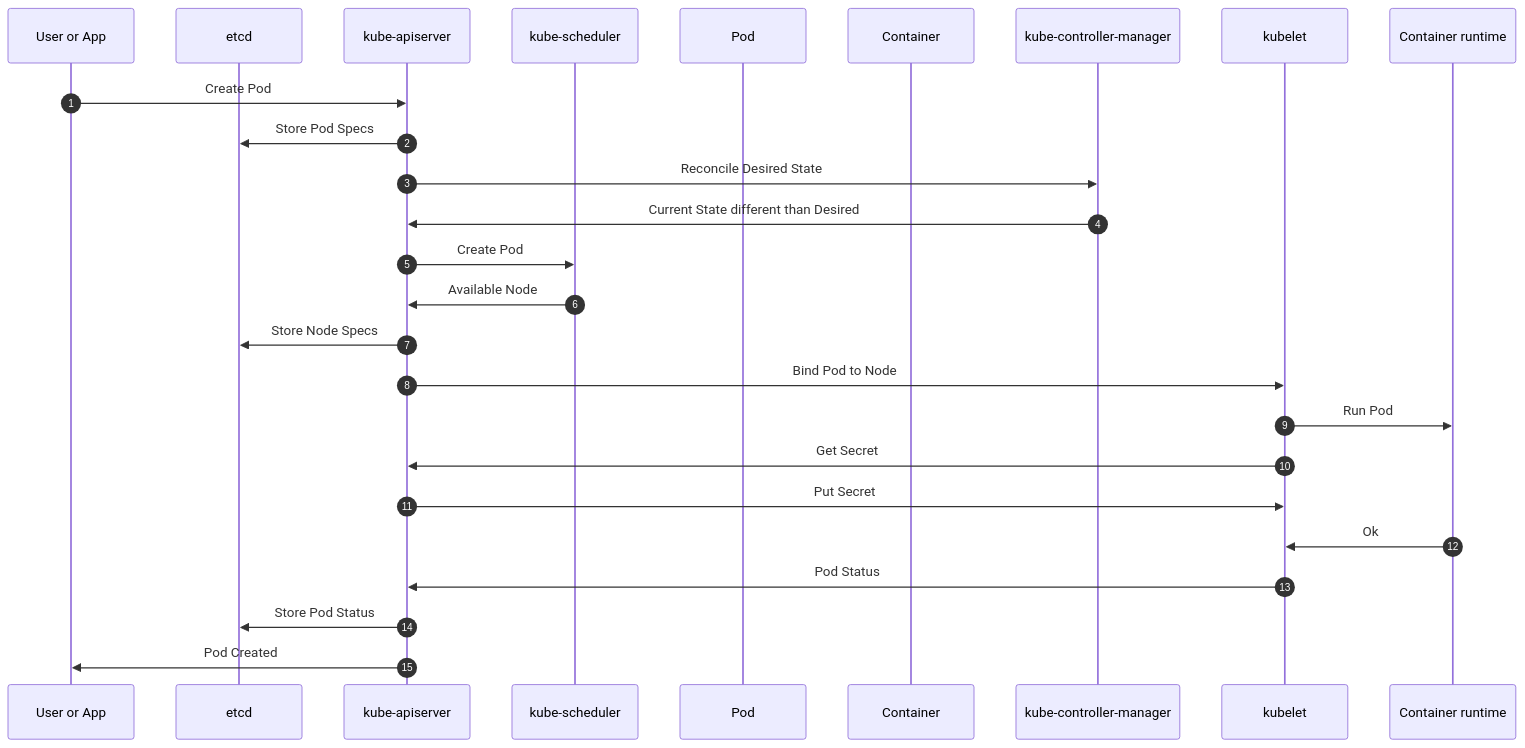
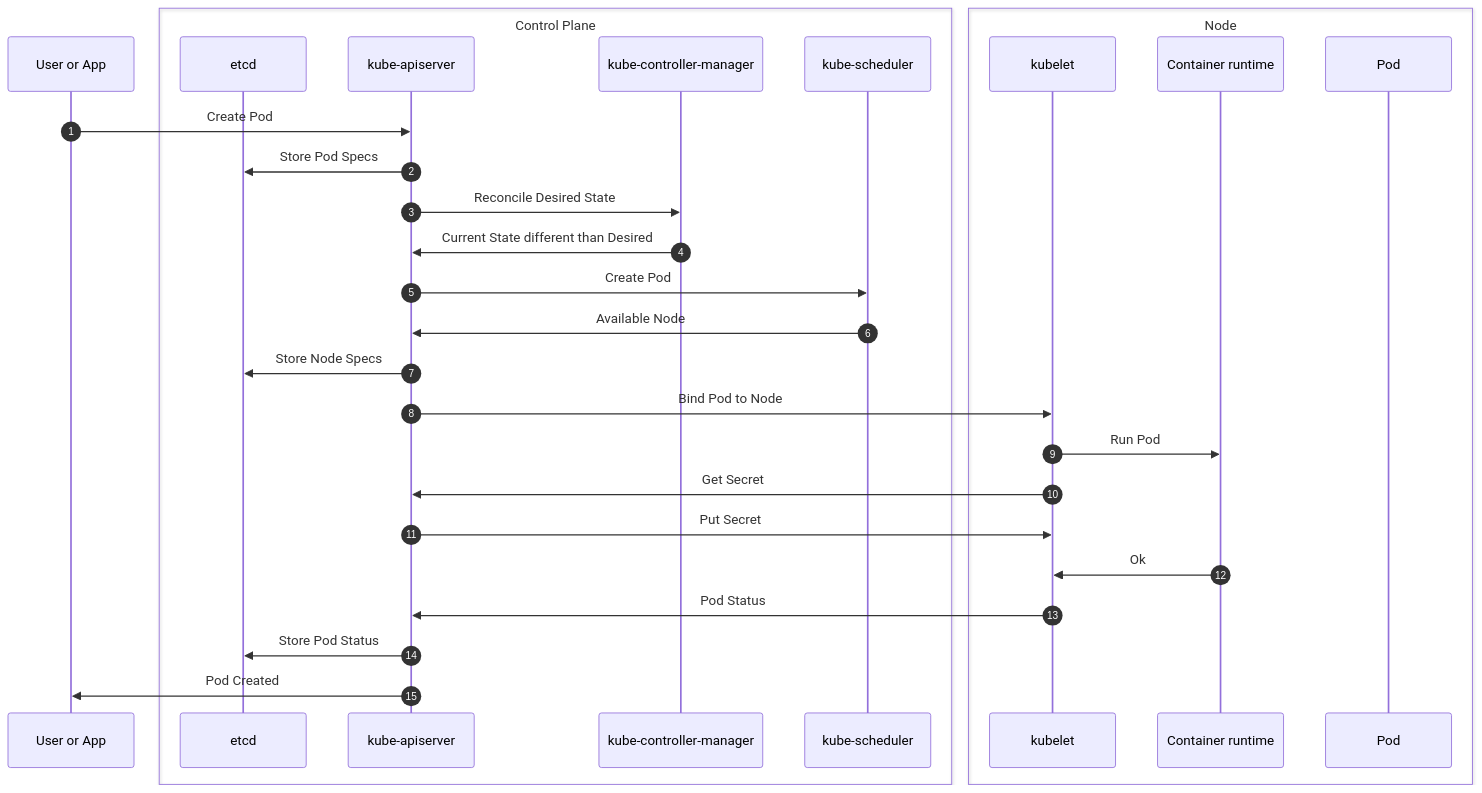
One commit to PacktPublishing/Kubernetes-Secrets-Handbook changed the second of 2 diagrams in ch01/example02/readme.md. Above: the diagram before and after it, drawn with Mermaid. The commit also changed other lines of this file, not shown here.

Commit message:
chapter 1 - refining

````diff
--- a/ch01/example02/readme.md
+++ b/ch01/example02/readme.md
@@ -151,28 +153,31 @@
 ```mermaid
 sequenceDiagram
 participant User or App
+box Control Plane
 participant etcd
 participant kube-apiserver
+participant kube-controller-manager
 participant kube-scheduler
-participant Pod
-participant Container
-participant kube-controller-manager
+end
+box Node
 participant kubelet
 participant Container runtime
+participant Pod
+end
 autonumber
   User or App->>kube-apiserver: Create Pod
   kube-apiserver->>etcd: Store Pod Specs
   kube-apiserver->>kube-controller-manager: Reconcile Desired State
   kube-controller-manager->>kube-apiserver: Current State different than Desired
   kube-apiserver->>kube-scheduler: Create Pod
   kube-scheduler->>kube-apiserver: Available Node
   kube-apiserver->>etcd: Store Node Specs
   kube-apiserver->>kubelet: Bind Pod to Node
   kubelet->>Container runtime: Run Pod
   kubelet->>kube-apiserver: Get Secret
   kube-apiserver->>kubelet: Put Secret
   Container runtime->>kubelet: Ok
   kubelet->>kube-apiserver: Pod Status
   kube-apiserver->>etcd: Store Pod Status
   kube-apiserver->>User or App: Pod Created
 ```
````
